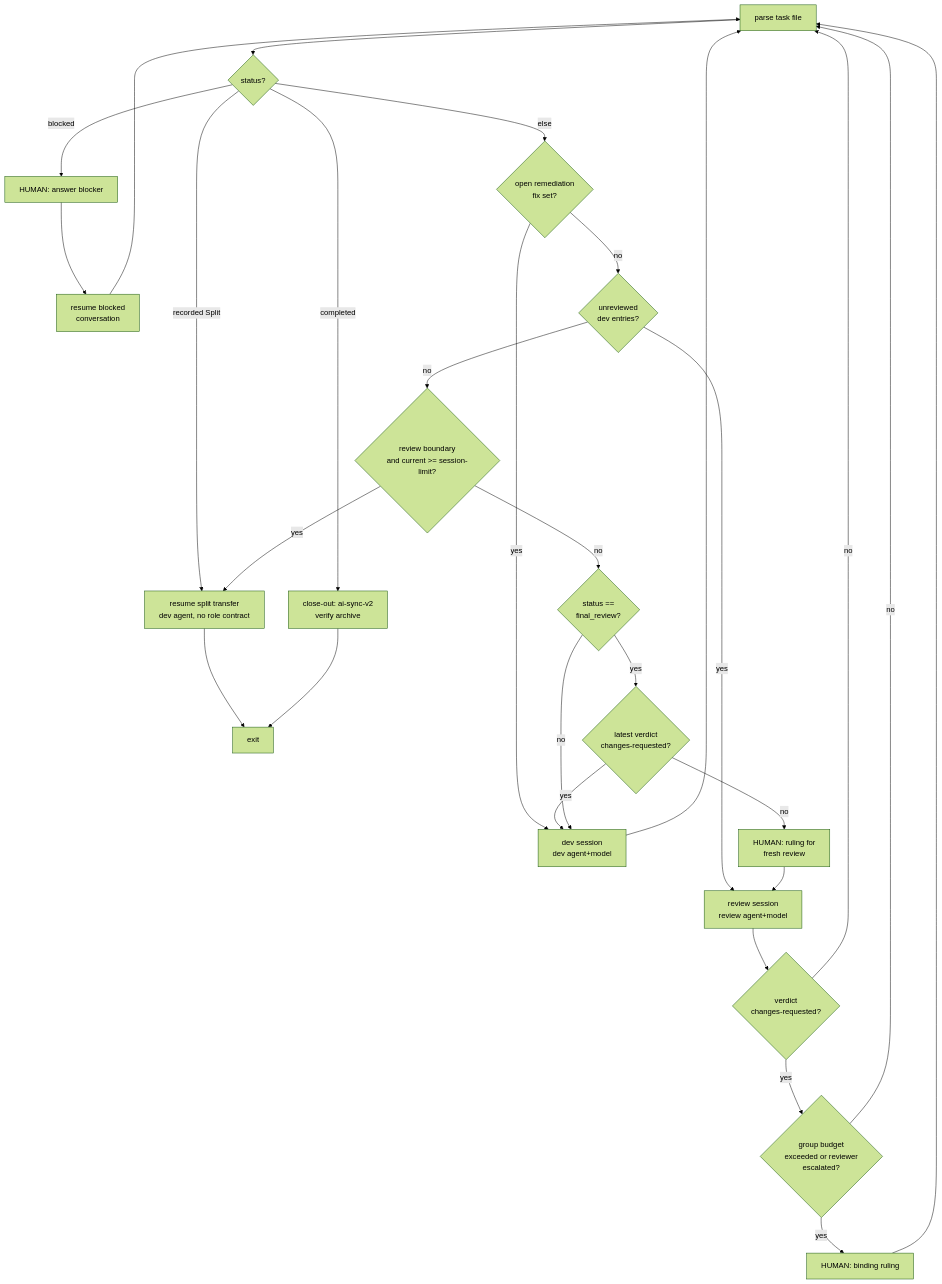
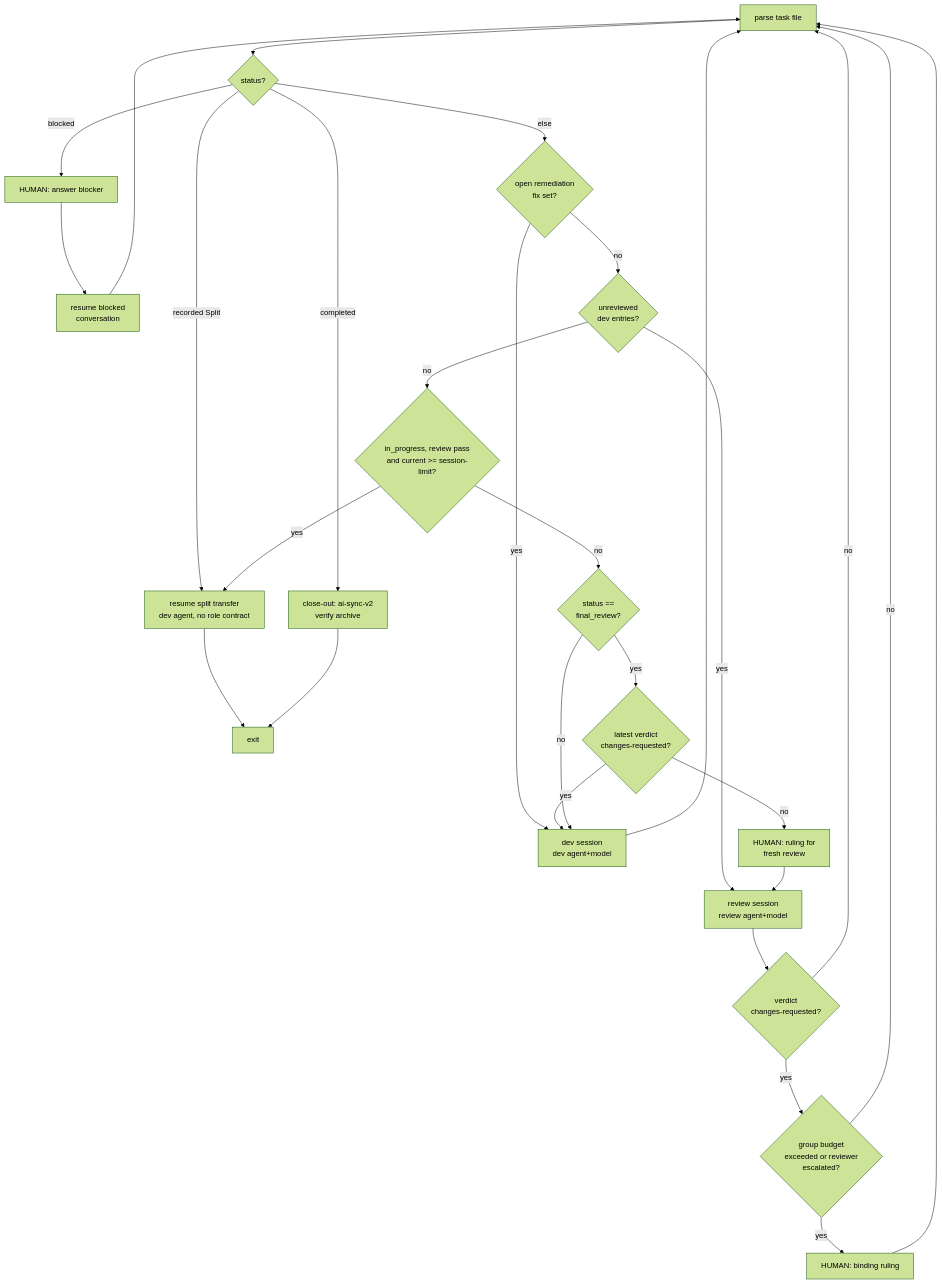
Before and after one commit to qinglin89/mandrel: the diagram in canonical/orchestrator/README.md, drawn with Mermaid (forest theme). The commit also changed other lines of this file and 10 other files, not shown here.

````diff
--- a/canonical/orchestrator/README.md
+++ b/canonical/orchestrator/README.md
@@ -191,22 +191,22 @@
 ```mermaid
 flowchart TD
     P[parse task file] --> C{status?}
     C -- recorded Split --> S[resume split transfer\ndev agent, no role contract] --> X
     C -- completed --> CO[close-out: ai-sync-v2\nverify archive] --> X[exit]
     C -- blocked --> H[HUMAN: answer blocker] --> R1[resume blocked\nconversation] --> P
     C -- else --> O{open remediation\nfix set?}
     O -- yes --> DEV
     O -- no --> U{unreviewed\ndev entries?}
     U -- yes --> REV[review session\nreview agent+model] --> CV{verdict\nchanges-requested?}
     CV -- no --> P
     CV -- yes --> B{group budget\nexceeded or reviewer\nescalated?}
     B -- no --> P
     B -- yes --> H2[HUMAN: binding ruling] --> P
-    U -- no --> L{review boundary\nand current >= session-limit?}
+    U -- no --> L{in_progress, review pass\nand current >= session-limit?}
     L -- yes --> S
     L -- no --> F{status ==\nfinal_review?}
     F -- yes --> V{latest verdict\nchanges-requested?}
     V -- yes --> DEV
     V -- no --> H3[HUMAN: ruling for\nfresh review] --> REV
     F -- no --> DEV[dev session\ndev agent+model] --> P
 ```
````
